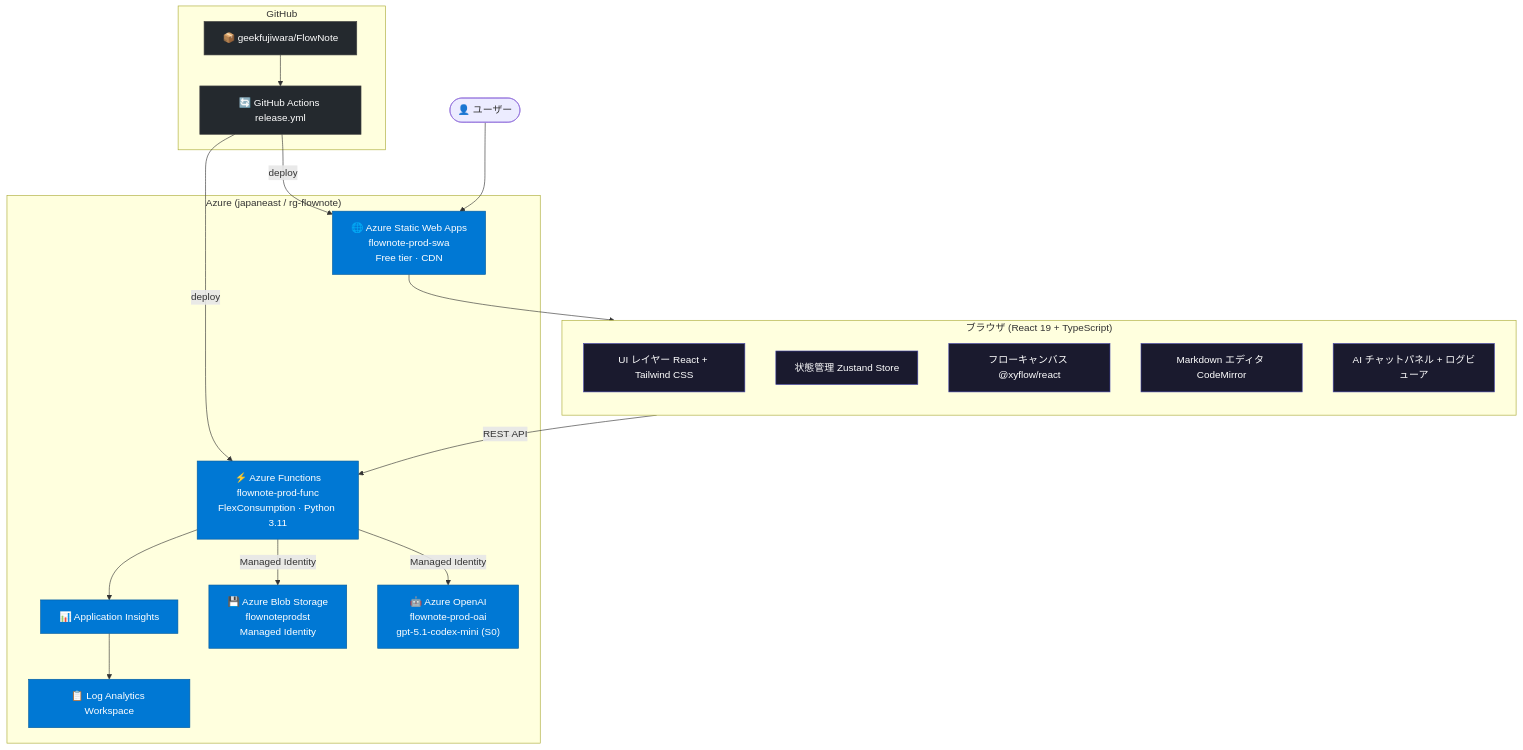
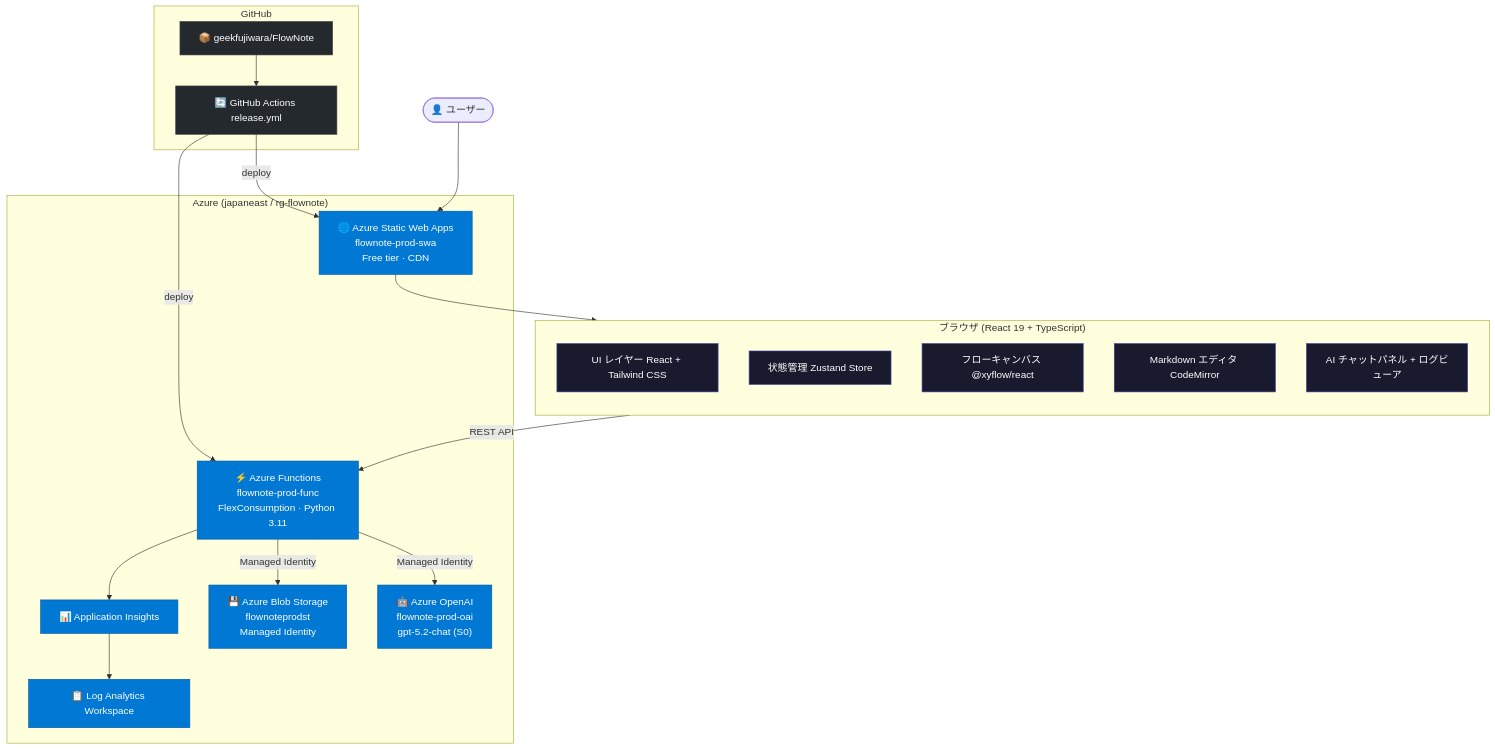
The first of 5 diagrams in README.md (geekfujiwara/FlowNote), drawn with Mermaid before and after one commit. The commit also changed other lines of this file and 1 other file, not shown here.

Commit message:
Update Azure OpenAI model from gpt-5.1-codex-mini to gpt-5.2-chat

````diff
--- a/README.md
+++ b/README.md
@@ -59,43 +59,43 @@
 ```mermaid
 graph TB
     subgraph Client["ブラウザ (React 19 + TypeScript)"]
         direction TB
         UI["UI レイヤー React + Tailwind CSS"]
         Store["状態管理 Zustand Store"]
         Canvas["フローキャンバス @xyflow/react"]
         Editor["Markdown エディタ CodeMirror"]
         Chat["AI チャットパネル + ログビューア"]
     end
 
     subgraph Azure["Azure (japaneast / rg-flownote)"]
         SWA["🌐 Azure Static Web Apps\nflownote-prod-swa\nFree tier · CDN"]
         Func["⚡ Azure Functions\nflownote-prod-func\nFlexConsumption · Python 3.11"]
-        OAI["🤖 Azure OpenAI\nflownote-prod-oai\ngpt-5.1-codex-mini (S0)"]
+        OAI["🤖 Azure OpenAI\nflownote-prod-oai\ngpt-5.2-chat (S0)"]
         Blob["💾 Azure Blob Storage\nflownoteprodst\nManaged Identity"]
         APPI["📊 Application Insights"]
         LAW["📋 Log Analytics Workspace"]
     end
 
     subgraph GitHub["GitHub"]
         Repo["📦 geekfujiwara/FlowNote"]
         Actions["🔄 GitHub Actions release.yml"]
     end
 
     User(["👤 ユーザー"]) --> SWA
     SWA --> Client
     Client -- "REST API" --> Func
     Func -- "Managed Identity" --> OAI
     Func -- "Managed Identity" --> Blob
     Func --> APPI
     APPI --> LAW
     Repo --> Actions
     Actions -- "deploy" --> SWA
     Actions -- "deploy" --> Func
 
     classDef azure fill:#0078d4,color:#fff,stroke:#005a9e
     classDef client fill:#1a1a2e,color:#fff,stroke:#4444aa
     classDef github fill:#24292e,color:#fff,stroke:#444
     class SWA,Func,OAI,Blob,APPI,LAW azure
     class UI,Store,Canvas,Editor,Chat client
     class Repo,Actions github
 ```
````
